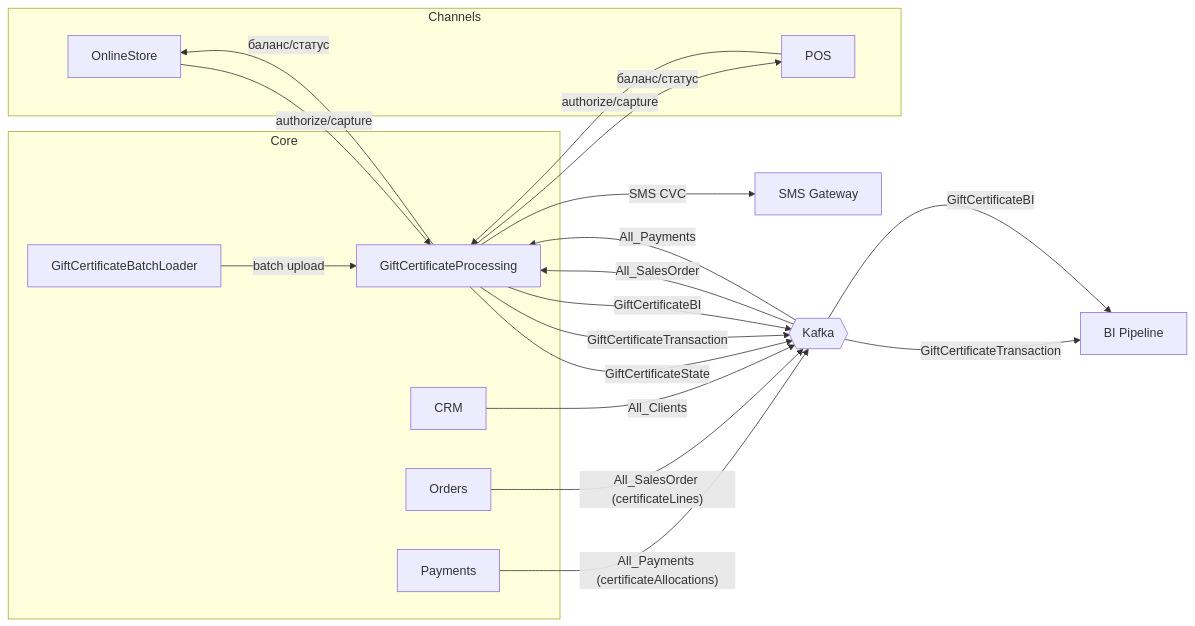
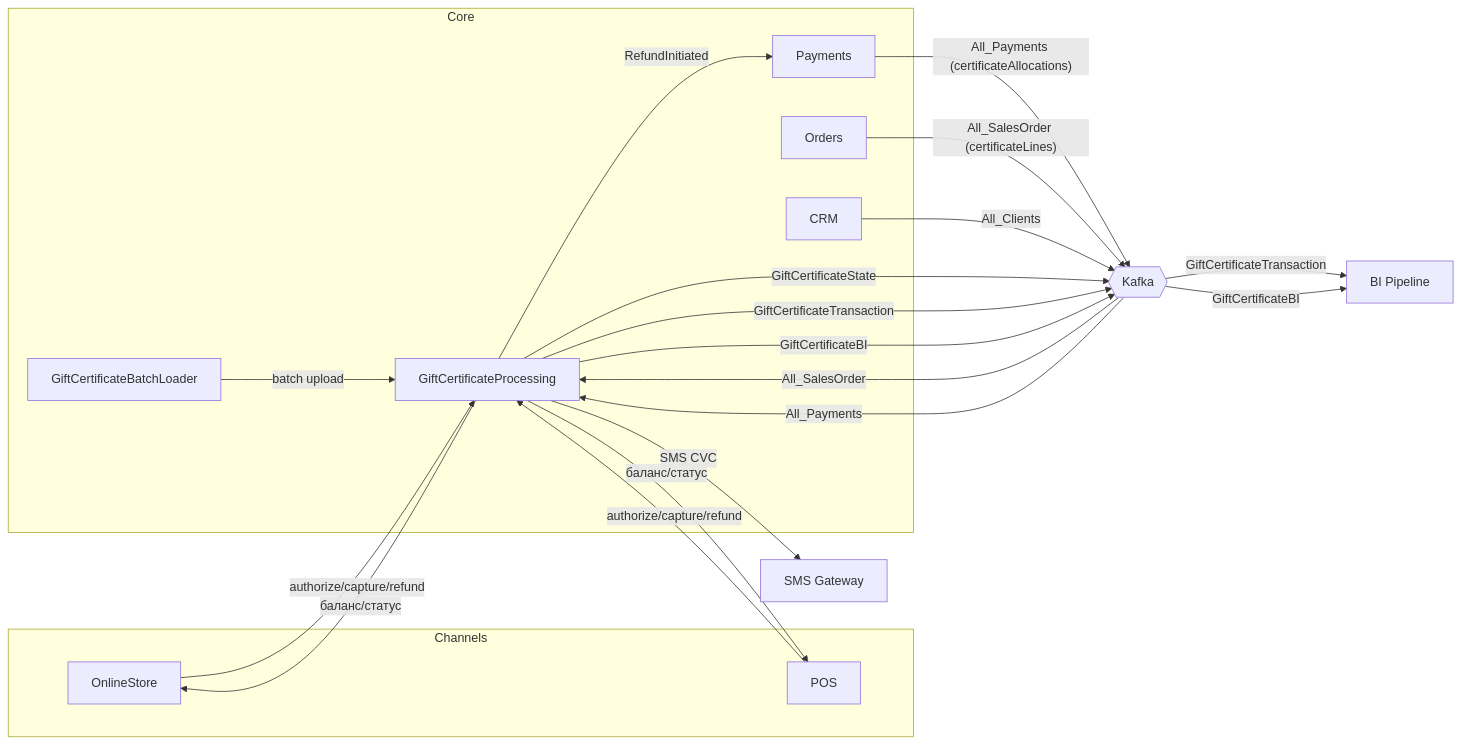
Before and after one commit to dobryakov/gift-certs-example2: the diagram in specs/architecture.mmd, drawn with Mermaid. The commit also changed 15 other files, not shown here.

```diff
--- a/specs/architecture.mmd
+++ b/specs/architecture.mmd
@@ -1,37 +1,38 @@
 flowchart LR
   subgraph Channels
     A[OnlineStore]
     B[POS]
   end
 
   subgraph Core
     GC[GiftCertificateProcessing]
     BL[GiftCertificateBatchLoader]
     PAY[Payments]
     ORD[Orders]
     CRM[CRM]
   end
 
   BI[BI Pipeline]
   SMS[SMS Gateway]
 
   Kafka{{Kafka}}
 
-  A -- authorize/capture --> GC
-  B -- authorize/capture --> GC
+  A -- authorize/capture/refund --> GC
+  B -- authorize/capture/refund --> GC
   BL -- batch upload --> GC
   PAY -- All_Payments (certificateAllocations) --> Kafka
   ORD -- All_SalesOrder (certificateLines) --> Kafka
   CRM -- All_Clients --> Kafka
 
   Kafka -- All_SalesOrder --> GC
   Kafka -- All_Payments --> GC
   Kafka -- GiftCertificateTransaction --> BI
   Kafka -- GiftCertificateBI --> BI
 
   GC -- GiftCertificateState --> Kafka
   GC -- GiftCertificateTransaction --> Kafka
   GC -- GiftCertificateBI --> Kafka
+  GC -- RefundInitiated --> PAY
   GC -- SMS CVC --> SMS
   GC -- баланс/статус --> A
   GC -- баланс/статус --> B
```
